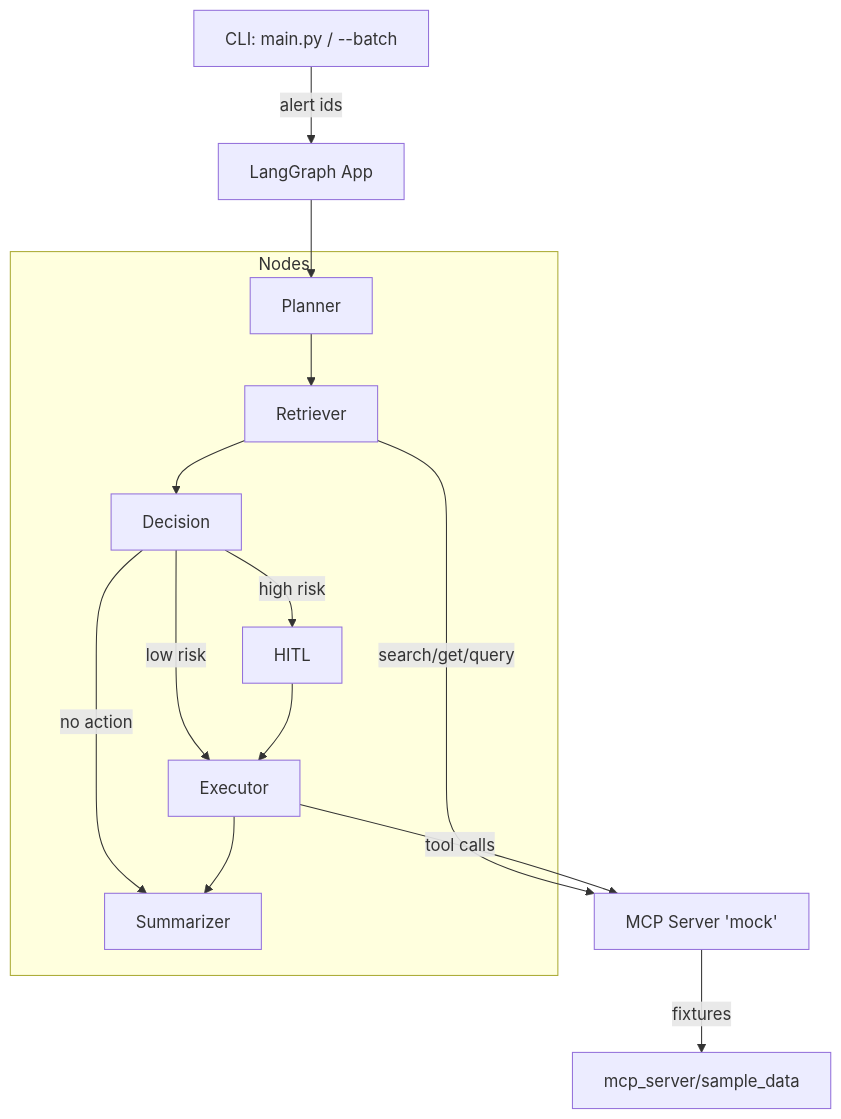
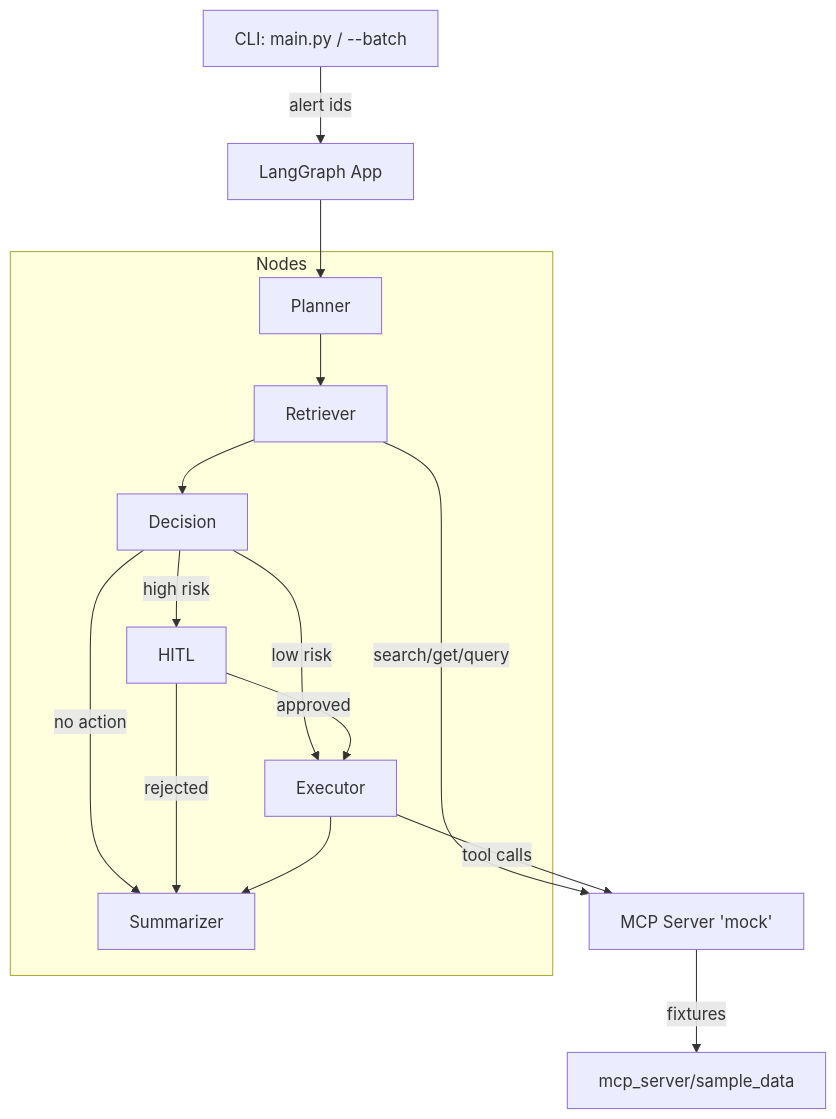
One commit to leonardo-serrano/incident-playbook-simulator_poc changed the diagram in README.md. Above: the diagram before and after it, drawn with Mermaid. The commit also changed other lines of this file, not shown here.

````diff
--- a/README.md
+++ b/README.md
@@ -17,20 +17,21 @@
 ```mermaid
 flowchart TD
     CLI[CLI: main.py / --batch] -->|alert ids| LangGraph[LangGraph App]
 
     %% Conexión explícita del grafo con los nodos
     LangGraph --> Planner
 
     subgraph Nodes
         Planner --> Retriever --> Decision
         Decision -->|low risk| Executor
-        Decision -->|high risk| HITL --> Executor
+        Decision -->|high risk| HITL -->|approved| Executor
         Decision -->|no action| Summarizer
+        HITL -->|rejected| Summarizer
         Executor --> Summarizer
     end
 
     %% Comunicación paralela con MCP
     Retriever -->|search/get/query| MCP[MCP Server 'mock']
     Executor -->|tool calls| MCP
     MCP -->|fixtures| Data[mcp_server/sample_data]
 ```
````
